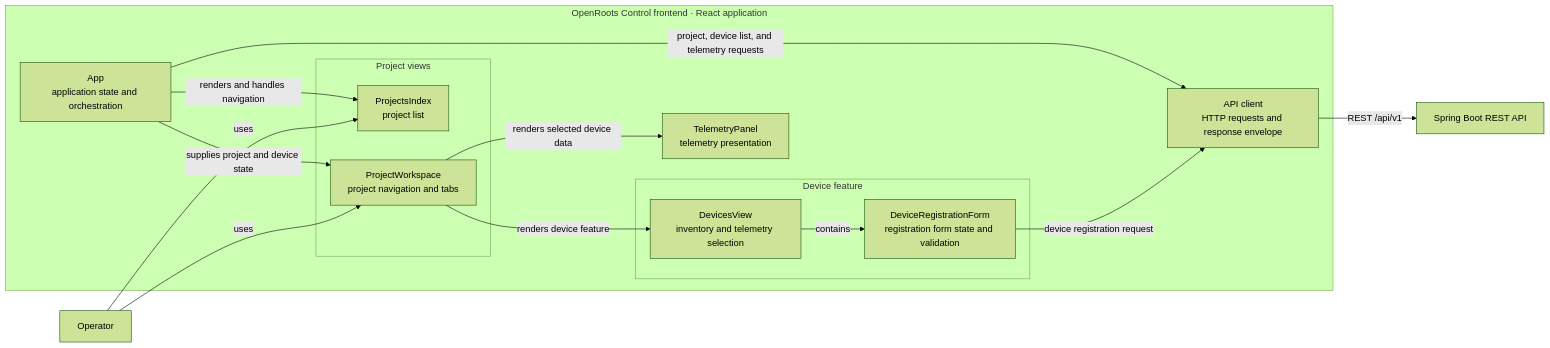
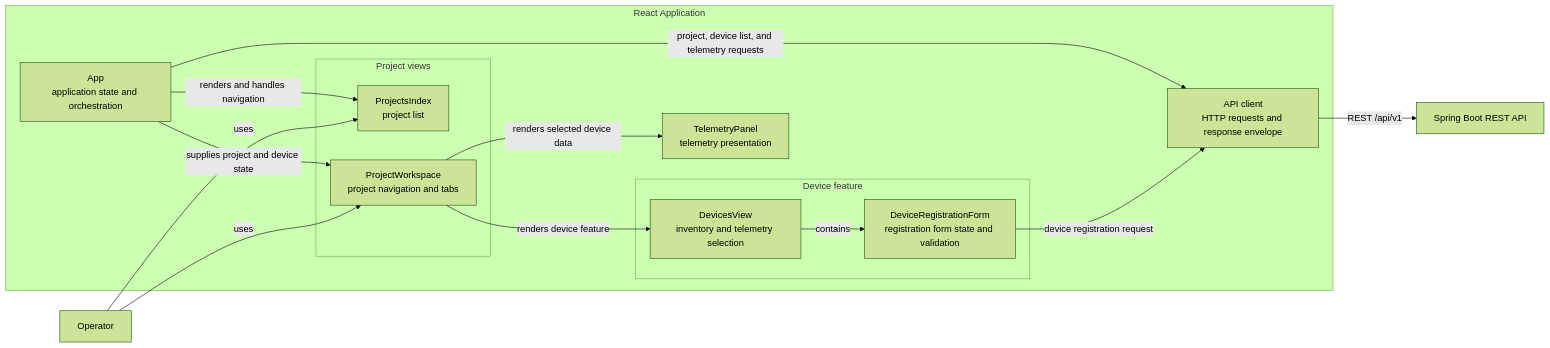
One commit to Hashu-17/openroots changed the diagram in docs/architecture/c4-frontend-components.md. Above: the diagram before and after it, drawn with Mermaid (forest theme). The commit also changed other lines of this file and 19 other files, not shown here.

````diff
--- a/docs/architecture/c4-frontend-components.md
+++ b/docs/architecture/c4-frontend-components.md
@@ -5,33 +5,33 @@
 ```mermaid
 flowchart LR
     operator[Operator]
 
-    subgraph frontend[OpenRoots Control frontend · React application]
+    subgraph frontend[React Application]
         app[App<br/>application state and orchestration]
 
         subgraph project_views[Project views]
             projects[ProjectsIndex<br/>project list]
             workspace[ProjectWorkspace<br/>project navigation and tabs]
         end
 
         subgraph device_feature[Device feature]
             devices[DevicesView<br/>inventory and telemetry selection]
             registration[DeviceRegistrationForm<br/>registration form state and validation]
         end
 
         telemetry[TelemetryPanel<br/>telemetry presentation]
         client[API client<br/>HTTP requests and response envelope]
 
         app -->|renders and handles navigation| projects
         app -->|supplies project and device state| workspace
         workspace -->|renders device feature| devices
         devices -->|contains| registration
         workspace -->|renders selected device data| telemetry
         app -->|project, device list, and telemetry requests| client
         registration -->|device registration request| client
     end
 
     operator -->|uses| projects
     operator -->|uses| workspace
     client -->|REST /api/v1| backend[Spring Boot REST API]
 ```
````
